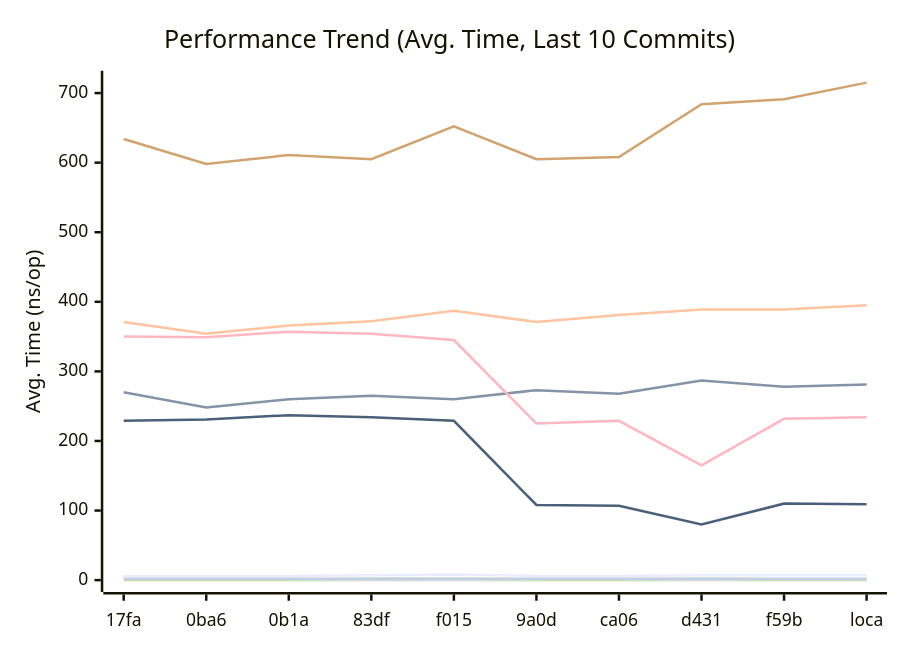
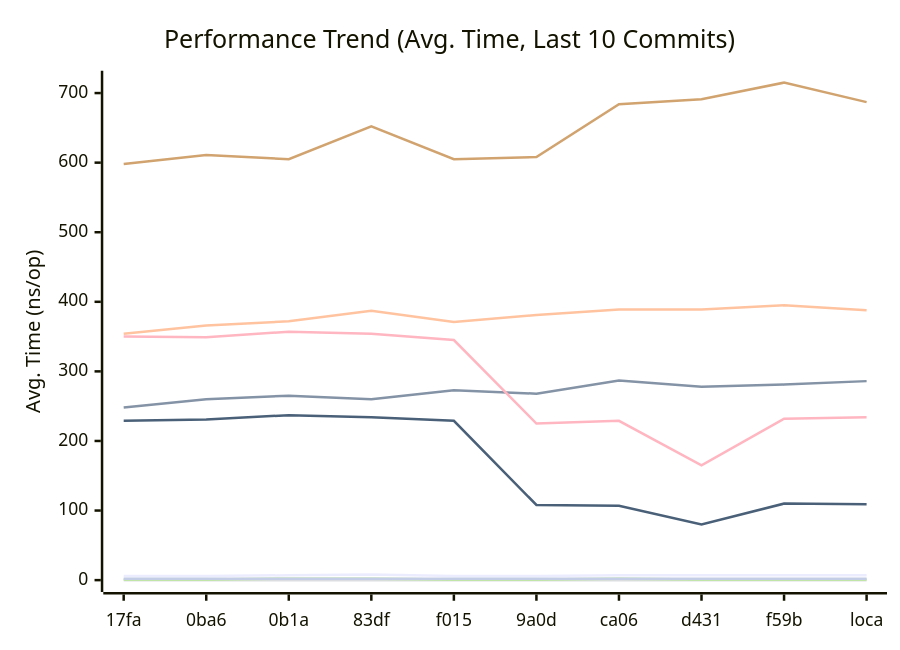
Before and after one commit to alsotoes/momo: the first of 3 diagrams in docs/PERFORMANCE.md, drawn with Mermaid. The commit also changed other lines of this file and 4 other files, not shown here.

````diff
--- a/docs/PERFORMANCE.md
+++ b/docs/PERFORMANCE.md
@@ -80,16 +80,16 @@
 ```mermaid
 xychart-beta
     title "Performance Trend (Avg. Time, Last 10 Commits)"
     x-axis "Commit"
     y-axis "Avg. Time (ns/op)"
     x-axis [17fa,0ba6,0b1a,83df,f015,9a0d,ca06,d431,f59b,loca]
-    line "CheckMetricsAndSwap" [6,6,6,7,8,6,6,7,7,7]
-    line "CrushOptimized" [270,248,260,265,260,273,268,287,278,281]
-    line "CrushOriginal" [371,354,366,372,387,371,381,389,389,395]
+    line "CheckMetricsAndSwap" [6,6,7,8,6,6,7,7,7,7]
+    line "CrushOptimized" [248,260,265,260,273,268,287,278,281,286]
+    line "CrushOriginal" [354,366,372,387,371,381,389,389,395,388]
     line "IndexDirectTracking" [0,0,0,0,0,0,0,0,0,0]
-    line "IndexSearch" [1,1,1,2,2,1,1,2,1,1]
-    line "LoadGlobalConfig" [634,598,611,605,652,605,608,684,691,715]
+    line "IndexSearch" [1,1,2,2,1,1,2,1,1,1]
+    line "LoadGlobalConfig" [598,611,605,652,605,608,684,691,715,687]
     line "PadString" [2,2,2,2,2,2,2,2,2,2]
     line "ParseReplicationOrder_NoPrealloc" [350,349,357,354,345,225,229,165,232,234]
     line "ParseReplicationOrder_Prealloc" [229,231,237,234,229,108,107,80,110,109]
 ```
````
